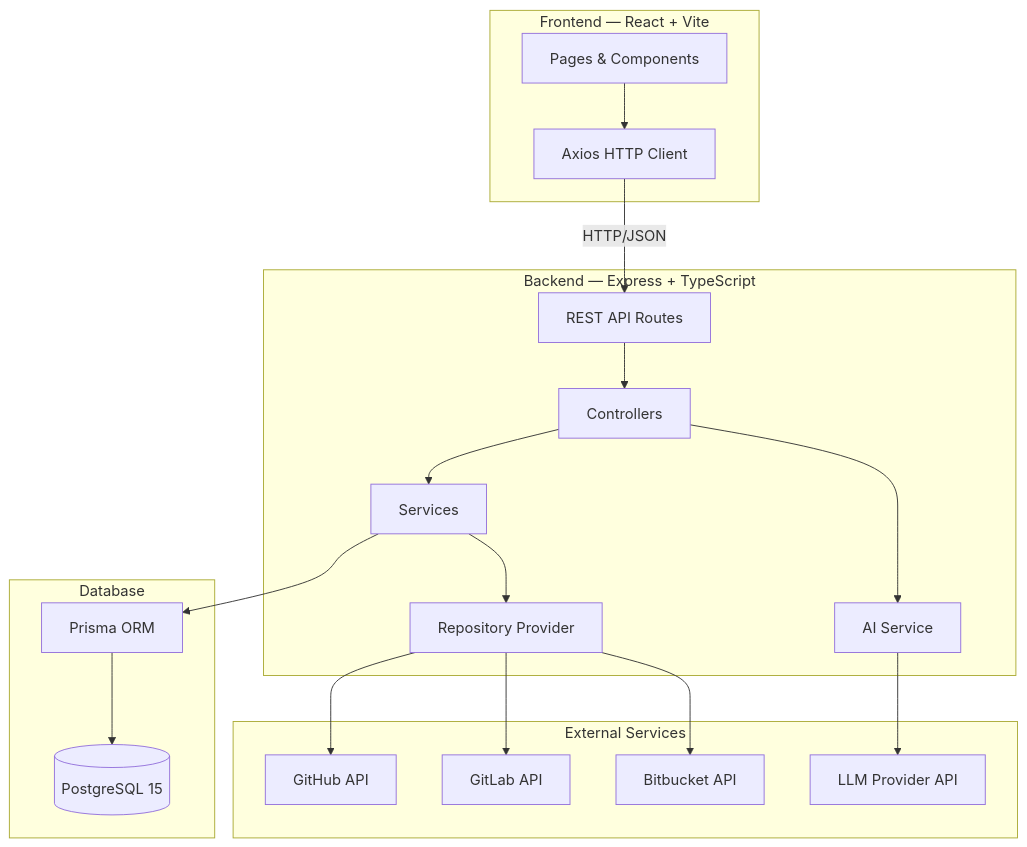
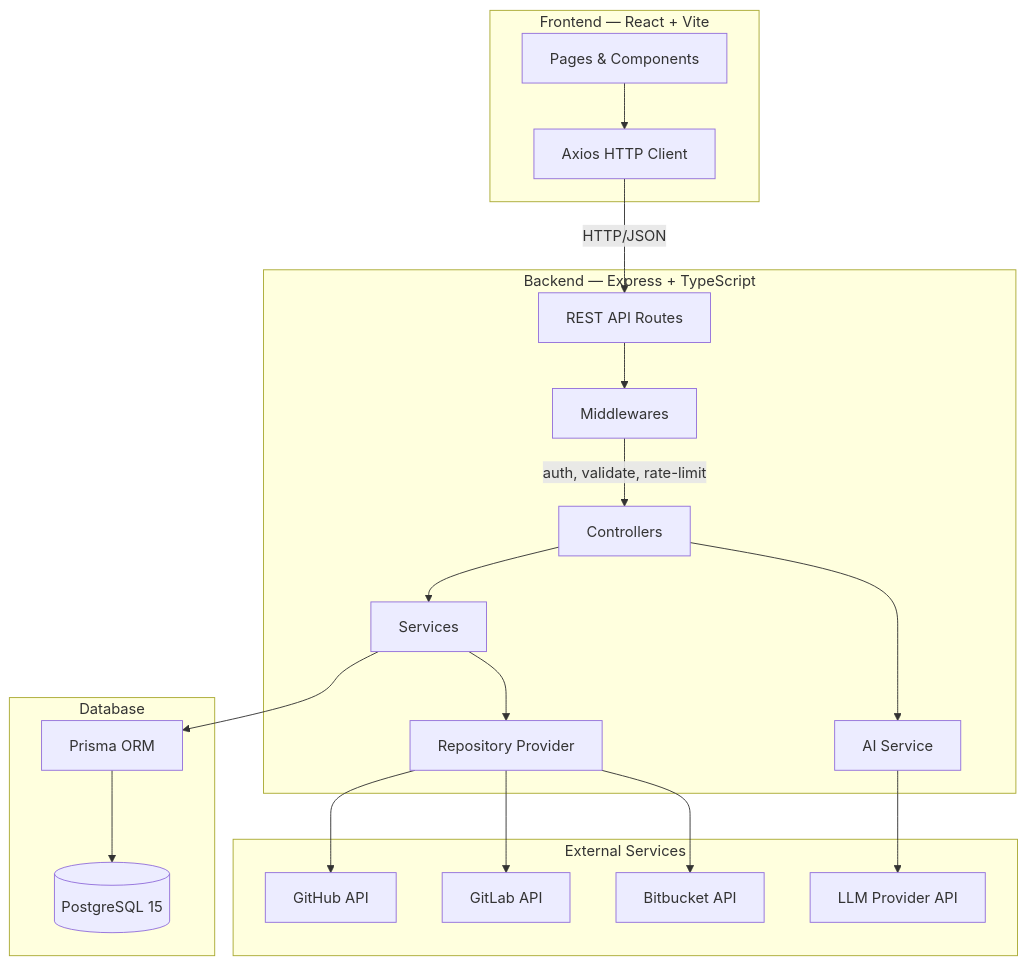
Before and after one commit to Sentore847/crm-git: the first of 3 diagrams in README.md, drawn with Mermaid. The commit also changed other lines of this file and 46 other files, not shown here.

````diff
--- a/README.md
+++ b/README.md
@@ -88,40 +72,42 @@
 ```mermaid
 graph TB
     subgraph Client["Frontend — React + Vite"]
         UI["Pages & Components"]
         API_CLIENT["Axios HTTP Client"]
     end
 
     subgraph Server["Backend — Express + TypeScript"]
         ROUTES["REST API Routes"]
+        MW["Middlewares"]
         CONTROLLERS["Controllers"]
         SERVICES["Services"]
         AI_SERVICE["AI Service"]
         REPO_PROVIDER["Repository Provider"]
     end
 
     subgraph External["External Services"]
         GH["GitHub API"]
         GL["GitLab API"]
         BB["Bitbucket API"]
         LLM["LLM Provider API"]
     end
 
     subgraph Data["Database"]
         PG[("PostgreSQL 15")]
         PRISMA["Prisma ORM"]
     end
 
     UI --> API_CLIENT
     API_CLIENT -->|"HTTP/JSON"| ROUTES
-    ROUTES --> CONTROLLERS
+    ROUTES --> MW
+    MW -->|"auth, validate, rate-limit"| CONTROLLERS
     CONTROLLERS --> SERVICES
     CONTROLLERS --> AI_SERVICE
     SERVICES --> PRISMA
     AI_SERVICE --> LLM
     SERVICES --> REPO_PROVIDER
     REPO_PROVIDER --> GH
     REPO_PROVIDER --> GL
     REPO_PROVIDER --> BB
     PRISMA --> PG
 ```
````
